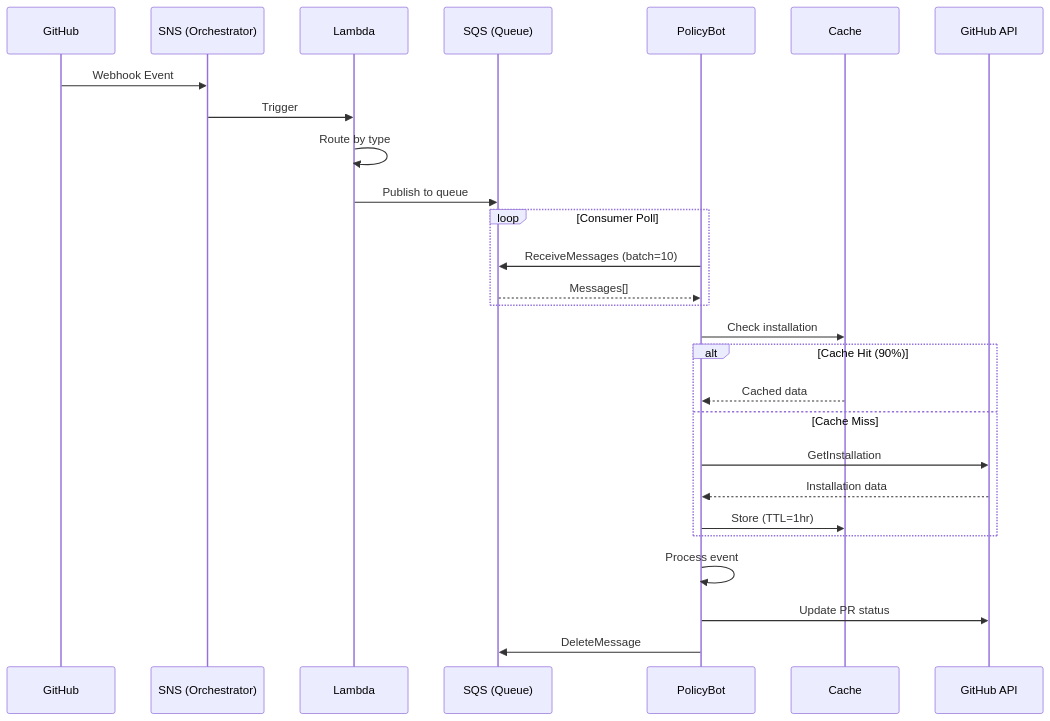
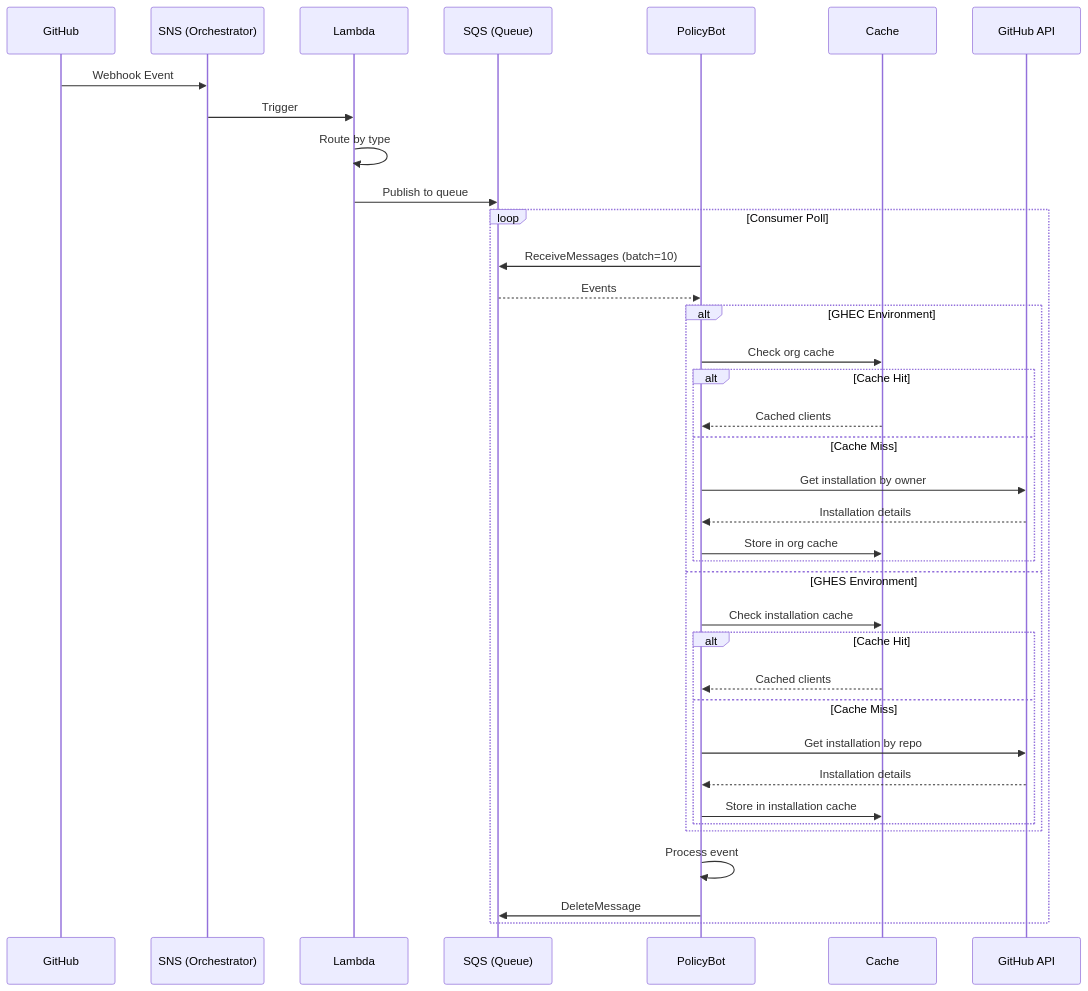
One commit to Dannytrev21/policy-bot changed the diagram in .claude/documentation/02-technical-architecture.md. Above: the diagram before and after it, drawn with Mermaid. The commit also changed other lines of this file and 43 other files, not shown here.

````diff
--- a/.claude/documentation/02-technical-architecture.md
+++ b/.claude/documentation/02-technical-architecture.md
@@ -84,33 +91,43 @@
 ```mermaid
 sequenceDiagram
     participant GitHub
     participant SNS as SNS (Orchestrator)
     participant Lambda
     participant SQS as SQS (Queue)
     participant PolicyBot
     participant Cache
     participant API as GitHub API
 
     GitHub->>SNS: Webhook Event
     SNS->>Lambda: Trigger
     Lambda->>Lambda: Route by type
     Lambda->>SQS: Publish to queue
 
     loop Consumer Poll
         PolicyBot->>SQS: ReceiveMessages (batch=10)
-        SQS-->>PolicyBot: Messages[]
+        SQS-->>PolicyBot: Events
+
+        alt GHEC Environment
+            PolicyBot->>Cache: Check org cache
+            alt Cache Hit
+                Cache-->>PolicyBot: Cached clients
+            else Cache Miss
+                PolicyBot->>API: Get installation by owner
+                API-->>PolicyBot: Installation details
+                PolicyBot->>Cache: Store in org cache
+            end
+        else GHES Environment
+            PolicyBot->>Cache: Check installation cache
+            alt Cache Hit
+                Cache-->>PolicyBot: Cached clients
+            else Cache Miss
+                PolicyBot->>API: Get installation by repo
+                API-->>PolicyBot: Installation details
+                PolicyBot->>Cache: Store in installation cache
+            end
+        end
+
+        PolicyBot->>PolicyBot: Process event
+        PolicyBot->>SQS: DeleteMessage
     end
-
-    PolicyBot->>Cache: Check installation
-    alt Cache Hit (90%)
-        Cache-->>PolicyBot: Cached data
-    else Cache Miss
-        PolicyBot->>API: GetInstallation
-        API-->>PolicyBot: Installation data
-        PolicyBot->>Cache: Store (TTL=1hr)
-    end
-
-    PolicyBot->>PolicyBot: Process event
-    PolicyBot->>API: Update PR status
-    PolicyBot->>SQS: DeleteMessage
 ```
````
